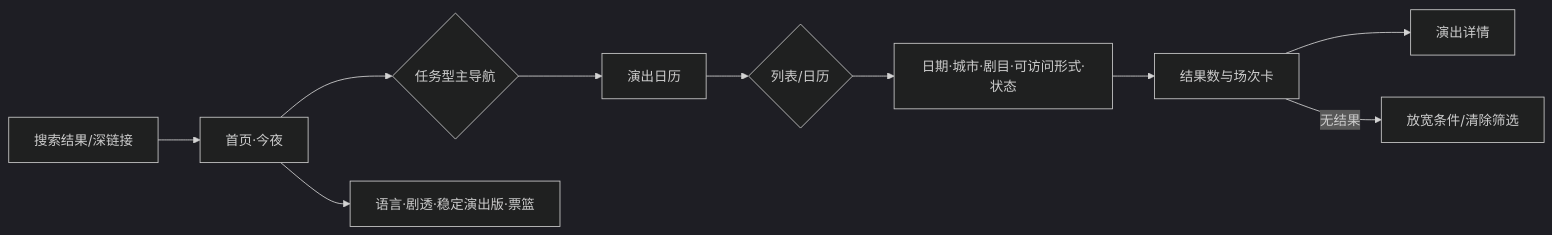
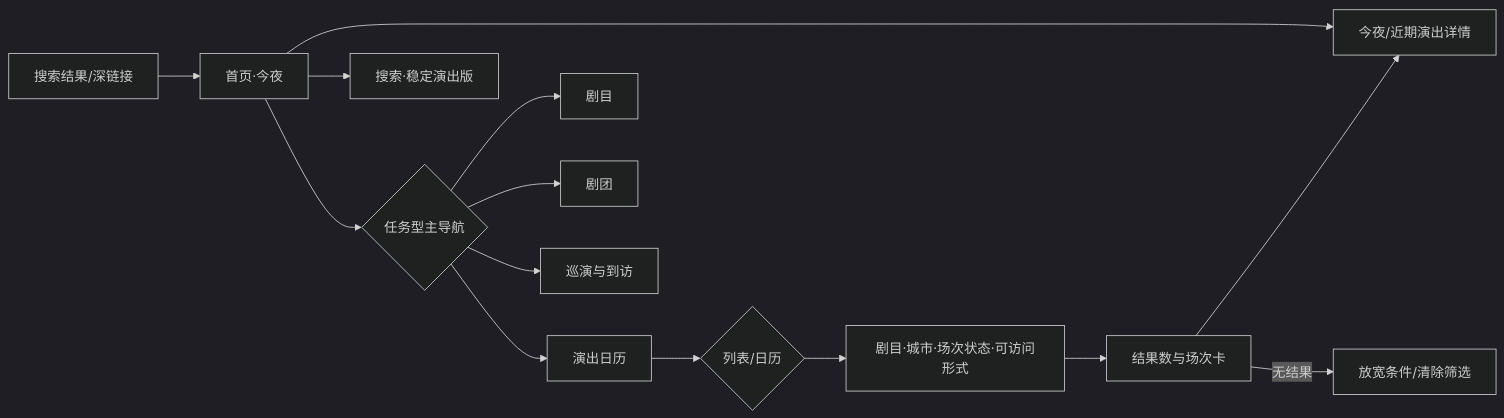
One commit to Selloryebir/crimson_troupe changed the diagram in docs/blueprint/03_journeys/maps/01_首页与演出发现.mmd. Above: the diagram before and after it, drawn with Mermaid (dark theme). The commit also changed 108 other files, not shown here.

```diff
--- a/docs/blueprint/03_journeys/maps/01_首页与演出发现.mmd
+++ b/docs/blueprint/03_journeys/maps/01_首页与演出发现.mmd
@@ -1,10 +1,14 @@
 flowchart LR
   Search[搜索结果/深链接] --> Home[首页·今夜]
+  Home --> Detail[今夜/近期演出详情]
   Home --> Nav{任务型主导航}
   Nav --> Calendar[演出日历]
+  Nav --> Repertoire[剧目]
+  Nav --> Troupe[剧团]
+  Nav --> Visit[巡演与到访]
   Calendar --> View{列表/日历}
-  View --> Filters[日期·城市·剧目·可访问形式·状态]
+  View --> Filters[剧目·城市·场次状态·可访问形式]
   Filters --> Results[结果数与场次卡]
-  Results --> Detail[演出详情]
+  Results --> Detail
   Results -->|无结果| Relax[放宽条件/清除筛选]
-  Home --> Stable[语言·剧透·稳定演出版·票篮]
+  Home --> Tools[搜索·稳定演出版]
```
